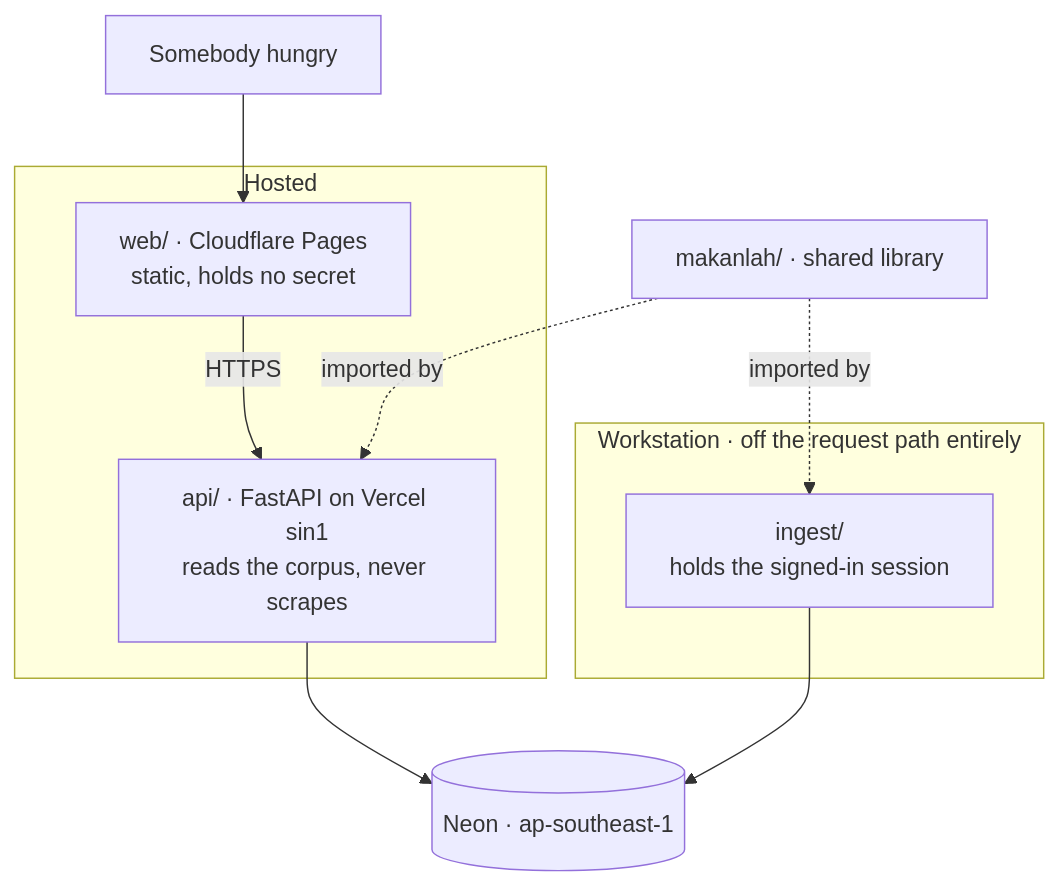
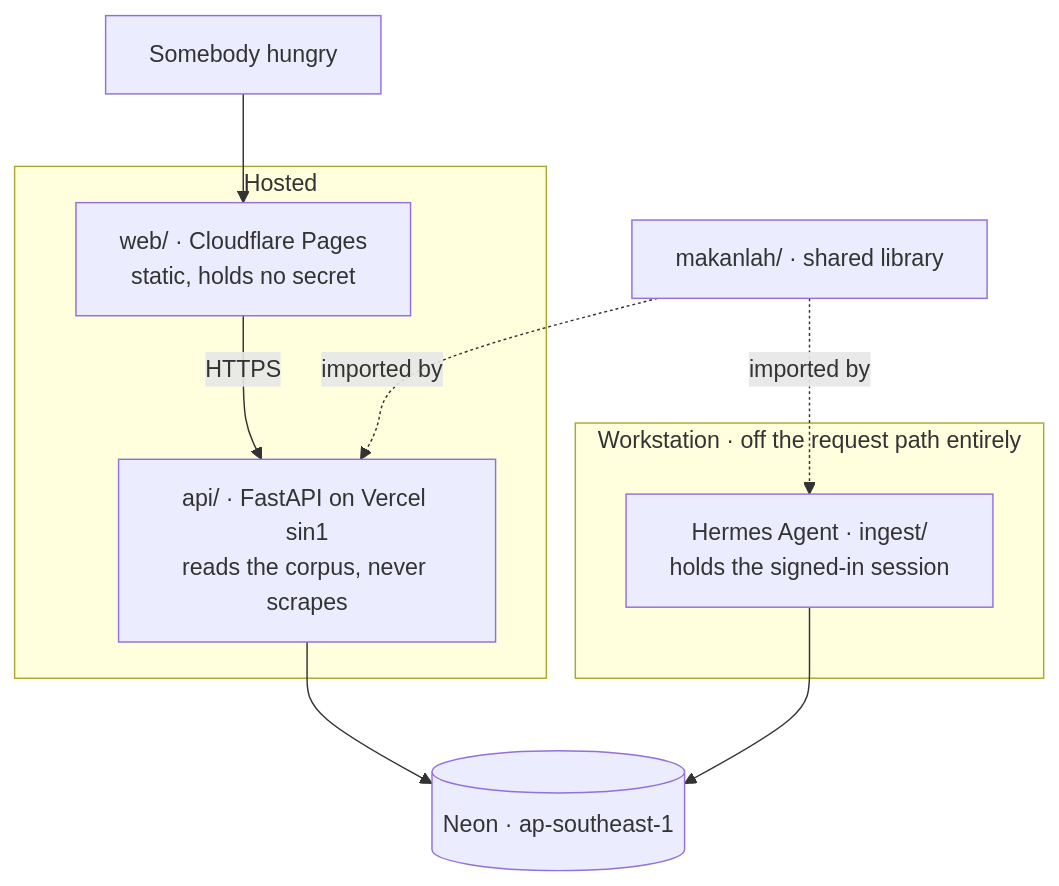
One commit to TolongLabs/MakanLah changed the second of 3 diagrams in docs/README.md. Above: the diagram before and after it, drawn with Mermaid. The commit also changed other lines of this file, not shown here.

First line of the commit message:
docs(readme): feature the agent lane in the ingestion story

````diff
--- a/docs/README.md
+++ b/docs/README.md
@@ -228,16 +232,16 @@
 ```mermaid
 flowchart TB
   U["Somebody hungry"] --> W
   subgraph HOSTED["Hosted"]
     W["web/ · Cloudflare Pages<br/>static, holds no secret"]
     A["api/ · FastAPI on Vercel sin1<br/>reads the corpus, never scrapes"]
     W -->|HTTPS| A
   end
   A --> N[("Neon · ap-southeast-1")]
   subgraph LOCAL["Workstation · off the request path entirely"]
-    I["ingest/<br/>holds the signed-in session"]
+    I["Hermes Agent · ingest/<br/>holds the signed-in session"]
   end
   I --> N
   L["makanlah/ · shared library"] -.->|imported by| A
   L -.->|imported by| I
 ```
````
